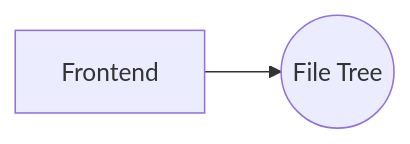
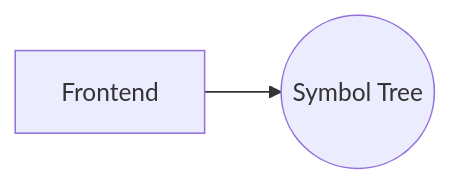
One commit to FunningC0217/UnionParser changed the fifth of 5 diagrams in README.md. Above: the diagram before and after it, drawn with Mermaid. The commit also changed other lines of this file, not shown here.

````diff
--- a/README.md
+++ b/README.md
@@ -50,4 +50,4 @@
 ```mermaid
 graph LR;
-A[Frontend]-->T((File Tree))
+A[Frontend]-->S((Symbol Tree))
 ```
````
